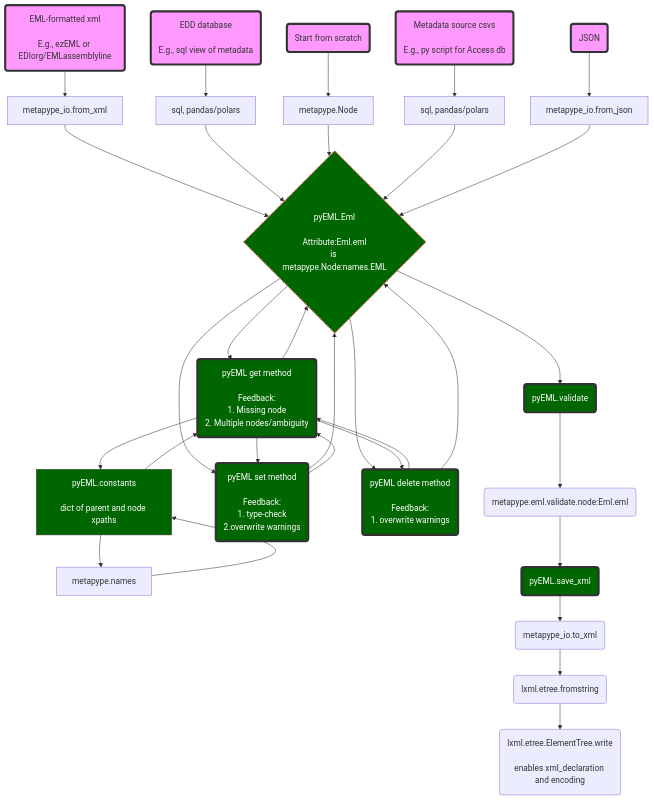
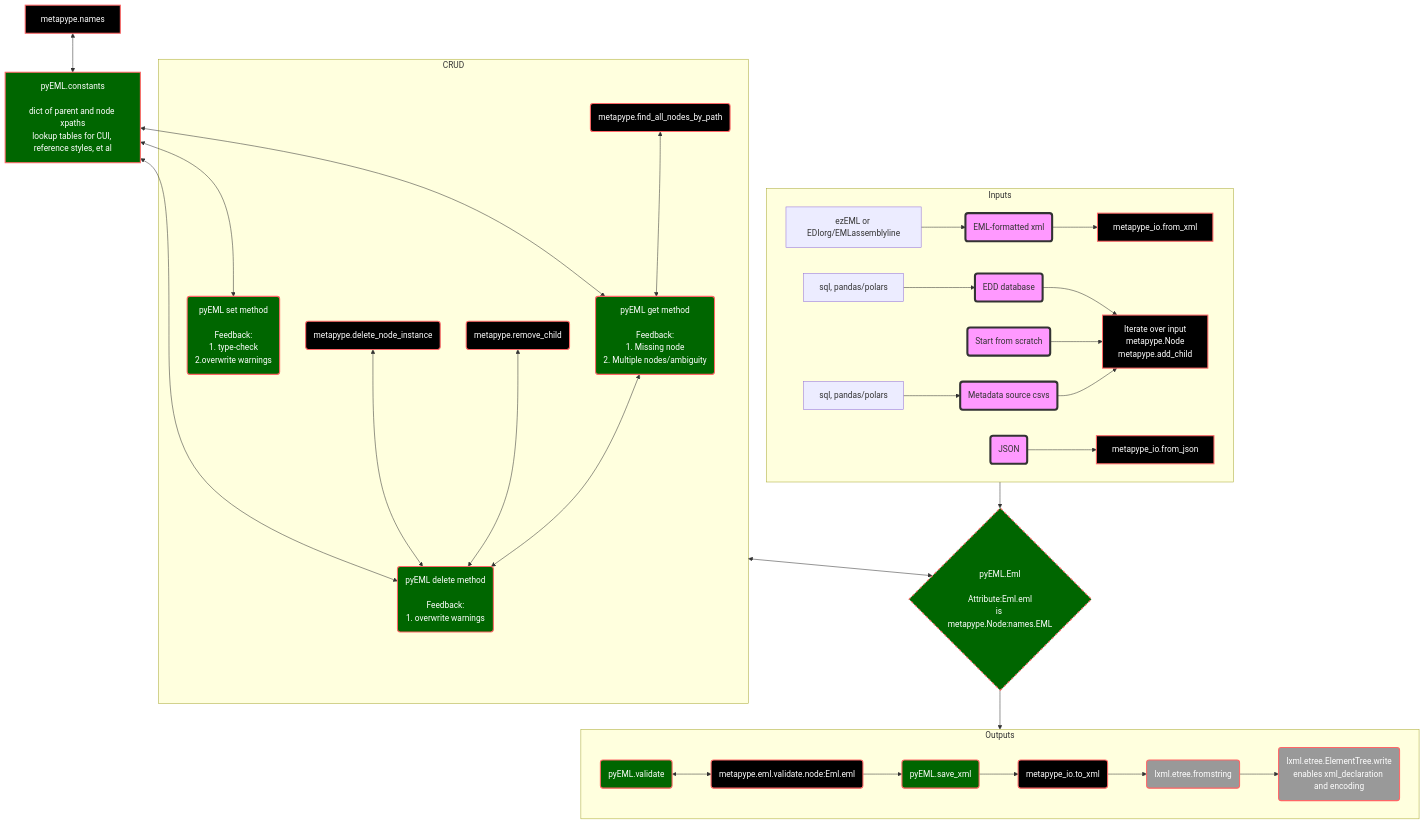
Before and after one commit to cwainright/pyEML: the diagram in metapype_pyeml.qmd, drawn with Mermaid.

````diff
--- a/metapype_pyeml.qmd
+++ b/metapype_pyeml.qmd
@@ -30,38 +30,98 @@
 ```{mermaid}
-flowchart TD
-  A(EML-formatted xml<br><br>E.g., ezEML or EDIorg/EMLassemblyline) --> H[metapype_io.from_xml]
-  H --> C{pyEML.Eml<br><br>Attribute:Eml.eml<br>is metapype.Node:names.EML}
-  F(EDD database<br><br>E.g., sql view of metadata) --> I[sql, pandas/polars] --> C
-  G(Start from scratch) --> J[metapype.Node] --> C
-  B(Metadata source csvs<br><br>E.g., py script for Access db) --> K[sql, pandas/polars] --> C
-  L(JSON) --> M[metapype_io.from_json] --> C
-  C --> D(pyEML get method<br><br>Feedback:<br>1. Missing node<br>2. Multiple nodes/ambiguity)
-  D --> N[pyEML.constants<br><br>dict of parent and node xpaths] --> O[metapype.names]
-  O --> N
-  N --> D
-  D --> C
-  C --> P(pyEML set method<br><br>Feedback:<br>1. type-check<br>2.overwrite warnings)
-  P --> C
-  P --> D
-  D --> P
-  Q(pyEML delete method<br><br>Feedback:<br>1. overwrite warnings) --> D
-  C --> Q
-  Q --> C
-  D --> Q
-  C --> R(pyEML.validate) --> S(metapype.eml.validate.node:Eml.eml)
-  S --> T(pyEML.save_xml) --> U(metapype_io.to_xml) --> V(lxml.etree.fromstring) --> W(lxml.etree.ElementTree.write<br><br>enables xml_declaration and encoding)
+flowchart TB
+    %% pyEML Inputs
+    S --> T
+    T --> U
+    U --> V
+    V --> W
+    R <--> S
+    Z <--> X
+
+    X <--> N
+    X <--> O
+    X <--> P
 
 
-  style A fill:#f9f,stroke:#333,stroke-width:4px
-  style B fill:#f9f,stroke:#333,stroke-width:4px
-  style F fill:#f9f,stroke:#333,stroke-width:4px
-  style G fill:#f9f,stroke:#333,stroke-width:4px
-  style L fill:#f9f,stroke:#333,stroke-width:4px
-  style C fill:#060,stroke:#f66,stroke-width:2px,color:#fff,stroke-dasharray: 5 5
-  style D fill:#060,stroke:#333,stroke-width:4px,color:#fff
-  style P fill:#060,stroke:#333,stroke-width:4px,color:#fff
-  style Q fill:#060,stroke:#333,stroke-width:4px,color:#fff
-  style R fill:#060,stroke:#333,stroke-width:4px,color:#fff
-  style T fill:#060,stroke:#333,stroke-width:4px,color:#fff
-  style N fill:#060,stroke:#333,stroke-width:1px,color:#fff
+    X[pyEML.constants<br><br>dict of parent and node xpaths<br>lookup tables for CUI, reference styles, et al]
+    Z[metapype.names]
+    style X fill:#060,stroke:#f66,stroke-width:2px,color:#fff
+    style Z fill:#000,stroke:#f66,stroke-width:2px,color:#fff
+
+    CC(metapype.find_all_nodes_by_path)
+    AA(metapype.remove_child)
+    BB(metapype.delete_node_instance)
+
+
+    %% pyEML `Eml` class
+    C{pyEML.Eml<br><br>Attribute:Eml.eml<br>is metapype.Node:names.EML}
+
+    %% pyEML methods
+    N(pyEML get method<br><br>Feedback:<br>1. Missing node<br>2. Multiple nodes/ambiguity)
+    O(pyEML set method<br><br>Feedback:<br>1. type-check<br>2.overwrite warnings)
+    P(pyEML delete method<br><br>Feedback:<br>1. overwrite warnings)
+
+    subgraph Outputs
+    %% pyEML Outputs
+    R(pyEML.validate)
+    S(metapype.eml.validate.node:Eml.eml)
+    T(pyEML.save_xml)
+    U(metapype_io.to_xml)
+    V(lxml.etree.fromstring)
+    W(lxml.etree.ElementTree.write<br>enables xml_declaration and encoding)
+
+    style S fill:#000,stroke:#f66,stroke-width:2px,color:#fff
+    style U fill:#000,stroke:#f66,stroke-width:2px,color:#fff
+    style R fill:#060,stroke:#f66,stroke-width:2px,color:#fff
+    style T fill:#060,stroke:#f66,stroke-width:2px,color:#fff
+    style V fill:#999,stroke:#f66,stroke-width:2px,color:#fff
+    style W fill:#999,stroke:#f66,stroke-width:2px,color:#fff
+
+    
+    end
+    subgraph CRUD
+    CC <--> N
+    AA
+    BB <--> P
+    AA <--> P
+    N
+    O
+    P
+    N <--> P
+    
+
+    style CC fill:#000,stroke:#f66,stroke-width:2px,color:#fff
+    style BB fill:#000,stroke:#f66,stroke-width:2px,color:#fff
+    style AA fill:#000,stroke:#f66,stroke-width:2px,color:#fff
+    style C fill:#060,stroke:#f66,stroke-width:2px,color:#fff,stroke-dasharray: 5 5
+    style N fill:#060,stroke:#f66,stroke-width:2px,color:#fff
+    style O fill:#060,stroke:#f66,stroke-width:2px,color:#fff
+    style P fill:#060,stroke:#f66,stroke-width:2px,color:#fff
+    end
+    subgraph Inputs
+    DD[ezEML or EDIorg/EMLassemblyline] --> A(EML-formatted xml) --> B[metapype_io.from_xml]
+    I[sql, pandas/polars] --> F(EDD database) --> J
+    G(Start from scratch) --> J[Iterate over input<br>metapype.Node<br>metapype.add_child] 
+    K[sql, pandas/polars] --> D(Metadata source csvs) --> J
+    L(JSON) --> M[metapype_io.from_json]
+    
+
+
+    style A fill:#f9f,stroke:#333,stroke-width:4px
+    style F fill:#f9f,stroke:#333,stroke-width:4px
+    style G fill:#f9f,stroke:#333,stroke-width:4px
+    style D fill:#f9f,stroke:#333,stroke-width:4px
+    style L fill:#f9f,stroke:#333,stroke-width:4px
+
+    style M fill:#000,stroke:#f66,stroke-width:2px,color:#fff
+    style B fill:#000,stroke:#f66,stroke-width:2px,color:#fff
+    style J fill:#000,stroke:#f66,stroke-width:2px,color:#fff
+      
+    end
+
+    
+
+    CRUD <--> C
+    Inputs --> C
+    C --> Outputs
+
 ```
````
